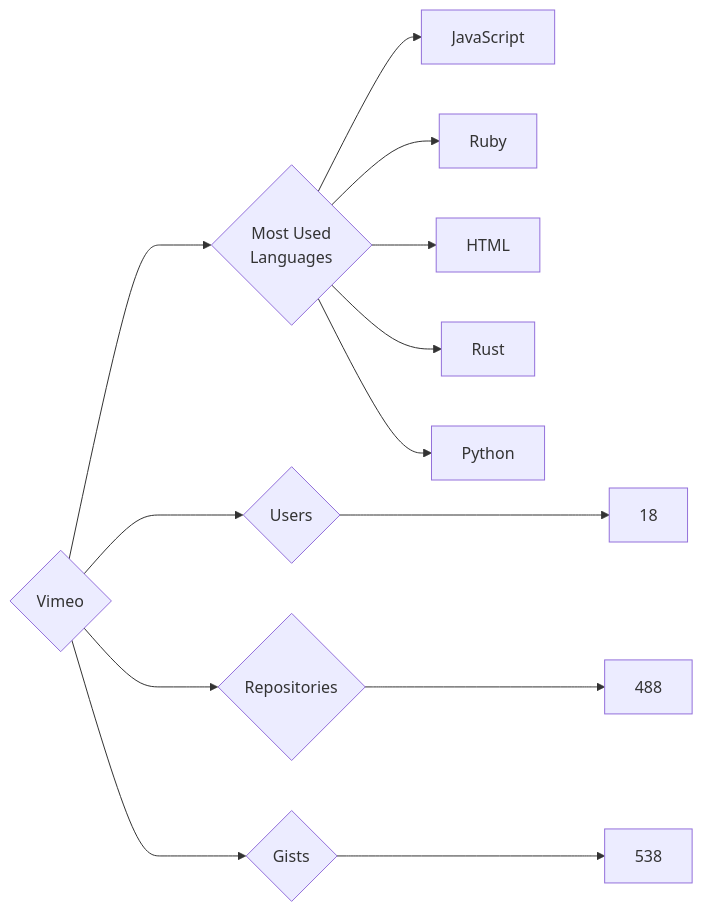
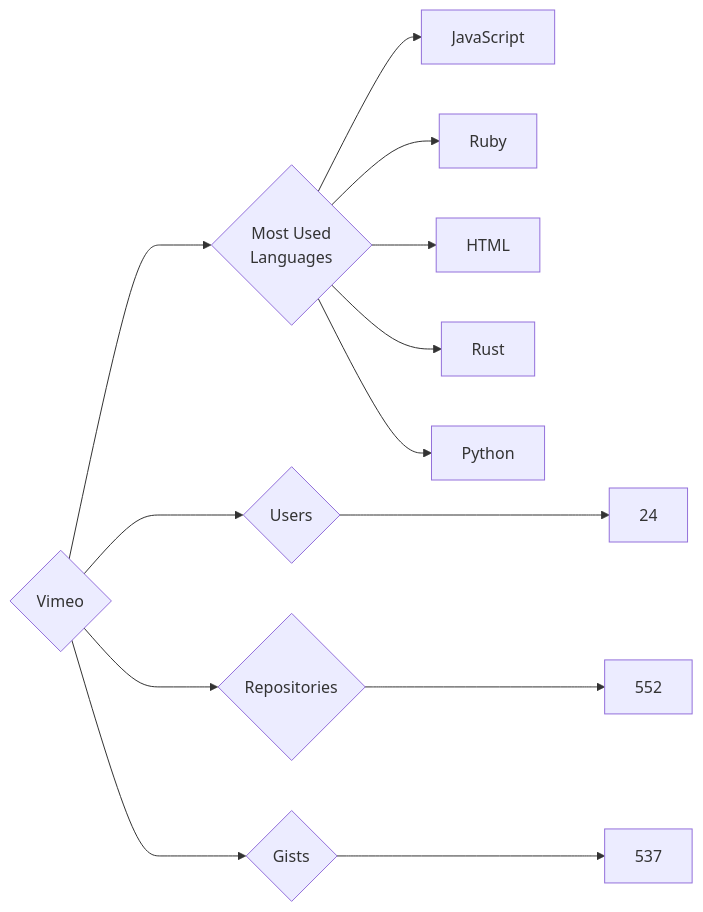
One commit to trickest/insiders changed the diagram in targets/Vimeo/README.md. Above: the diagram before and after it, drawn with Mermaid. The commit also changed 765 other files, not shown here.

````diff
--- a/targets/Vimeo/README.md
+++ b/targets/Vimeo/README.md
@@ -3,13 +3,13 @@
 ```mermaid
 graph LR
 COMPANY_NAME{Vimeo}
-COMPANY_NAME ---> U{Users} ---> UN[18]
-COMPANY_NAME ---> R{Repositories} ---> RN[488]
-COMPANY_NAME ---> G{Gists} ---> GN[538]
+COMPANY_NAME ---> U{Users} ---> UN[24]
+COMPANY_NAME ---> R{Repositories} ---> RN[552]
+COMPANY_NAME ---> G{Gists} ---> GN[537]
 COMPANY_NAME ---> ML{Most Used<br>Languages}
 ML --> JavaScript[JavaScript]
 ML --> Ruby[Ruby]
 ML --> HTML[HTML]
 ML --> Rust[Rust]
 ML --> Python[Python]
 ```
````
